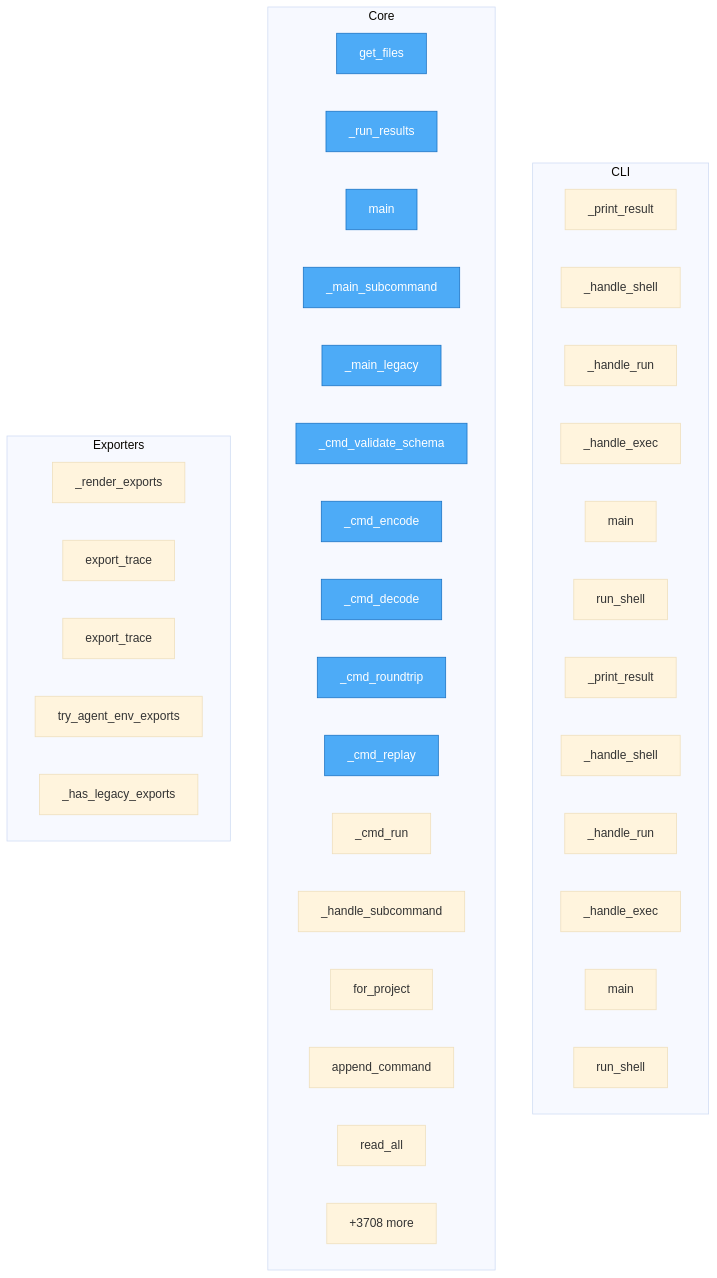
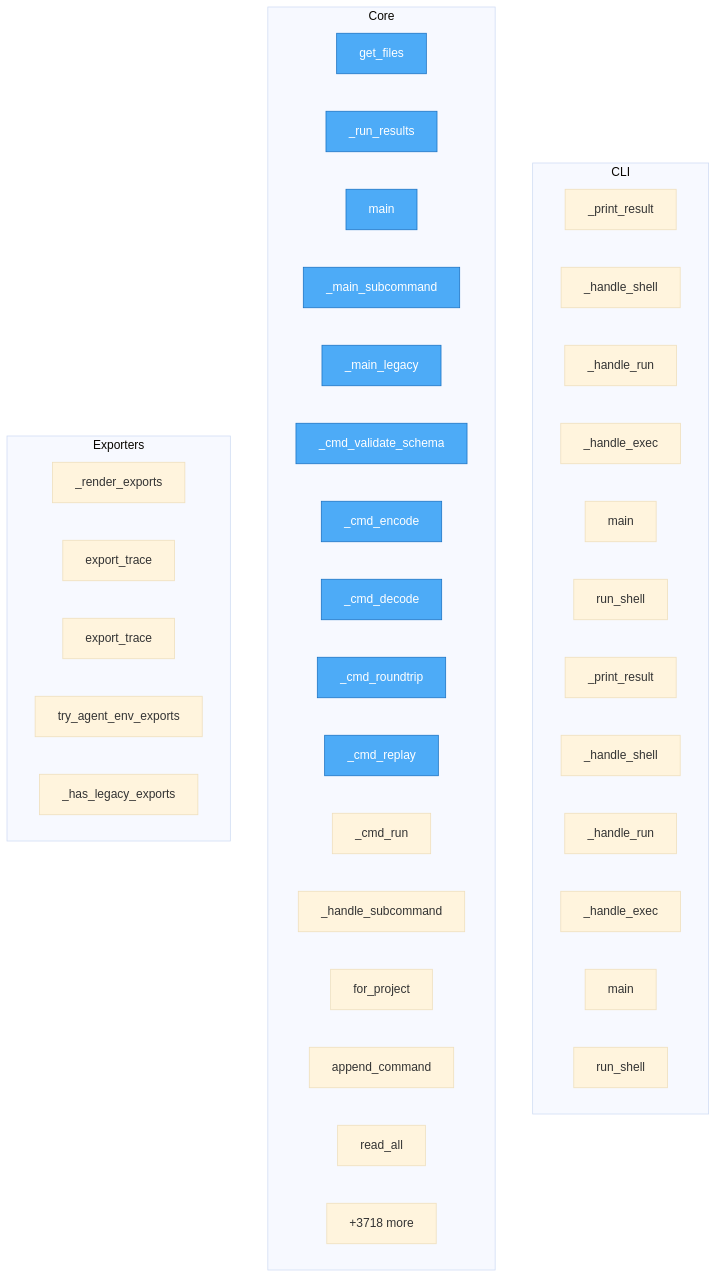
One commit to semcod/koru changed the diagram in project/flow.mmd. Above: the diagram before and after it, drawn with Mermaid (base theme). The commit also changed 32 other files, not shown here.

```diff
--- a/project/flow.mmd
+++ b/project/flow.mmd
@@ -1,49 +1,49 @@
 flowchart TD
-%% generated in 0.97s
+%% generated in 1.22s
 
     %% Entry points (blue)
     classDef entry fill:#4dabf7,stroke:#1971c2,color:#fff
 
     subgraph CLI
         packages__cli2koru__src__cli2koru__cli___print_result["_print_result"]
         packages__cli2koru__src__cli2koru__cli___handle_shell["_handle_shell"]
         packages__cli2koru__src__cli2koru__cli___handle_run["_handle_run"]
         packages__cli2koru__src__cli2koru__cli___handle_exec["_handle_exec"]
         packages__cli2koru__src__cli2koru__cli__main["main"]
         packages__cli2koru__src__cli2koru__shell__run_shell["run_shell"]
         packages__cli2coru__src__cli2coru__cli___print_result["_print_result"]
         packages__cli2coru__src__cli2coru__cli___handle_shell["_handle_shell"]
         packages__cli2coru__src__cli2coru__cli___handle_run["_handle_run"]
         packages__cli2coru__src__cli2coru__cli___handle_exec["_handle_exec"]
         packages__cli2coru__src__cli2coru__cli__main["main"]
         packages__cli2coru__src__cli2coru__shell__run_shell["run_shell"]
     end
 
     subgraph Core
         check_dups__get_files["get_files"]
         packages__dsl2koru__src__dsl2koru__cli___run_results["_run_results"]
         packages__dsl2koru__src__dsl2koru__cli__main["main"]
         packages__dsl2koru__src__dsl2koru__cli___main_subcommand["_main_subcommand"]
         packages__dsl2koru__src__dsl2koru__cli___main_legacy["_main_legacy"]
         packages__dsl2koru__src__dsl2koru__cli___cmd_validate_schema["_cmd_validate_schema"]
         packages__dsl2koru__src__dsl2koru__cli___cmd_encode["_cmd_encode"]
         packages__dsl2koru__src__dsl2koru__cli___cmd_decode["_cmd_decode"]
         packages__dsl2koru__src__dsl2koru__cli___cmd_roundtrip["_cmd_roundtrip"]
         packages__dsl2koru__src__dsl2koru__cli___cmd_replay["_cmd_replay"]
         packages__dsl2koru__src__dsl2koru__cli___cmd_run["_cmd_run"]
         packages__dsl2koru__src__dsl2koru__cli___handle_subcommand["_handle_subcommand"]
         packages__dsl2koru__src__dsl2koru__events__EventStore__for_project["for_project"]
         packages__dsl2koru__src__dsl2koru__events__EventStore__append_command["append_command"]
         packages__dsl2koru__src__dsl2koru__events__EventStore__read_all["read_all"]
-        ...["+3708 more"]
+        ...["+3718 more"]
     end
 
     subgraph Exporters
         packages__koruenv__src__koruenv__cli___render_exports["_render_exports"]
         packages__nlpshim__src__nlpshim__conversation_client__ConversationTestClient__export_trace["export_trace"]
         packages__nlpshim__src__nlpshim__conversation_test_api__export_trace["export_trace"]
         src__koru__agent_cli_helpers__try_agent_env_exports["try_agent_env_exports"]
         src__koru__cli___has_legacy_exports["_has_legacy_exports"]
     end
 
     class check_dups__get_files,packages__dsl2koru__src__dsl2koru__cli___run_results,packages__dsl2koru__src__dsl2koru__cli__main,packages__dsl2koru__src__dsl2koru__cli___main_subcommand,packages__dsl2koru__src__dsl2koru__cli___main_legacy,packages__dsl2koru__src__dsl2koru__cli___cmd_validate_schema,packages__dsl2koru__src__dsl2koru__cli___cmd_encode,packages__dsl2koru__src__dsl2koru__cli___cmd_decode,packages__dsl2koru__src__dsl2koru__cli___cmd_roundtrip,packages__dsl2koru__src__dsl2koru__cli___cmd_replay entry
```
